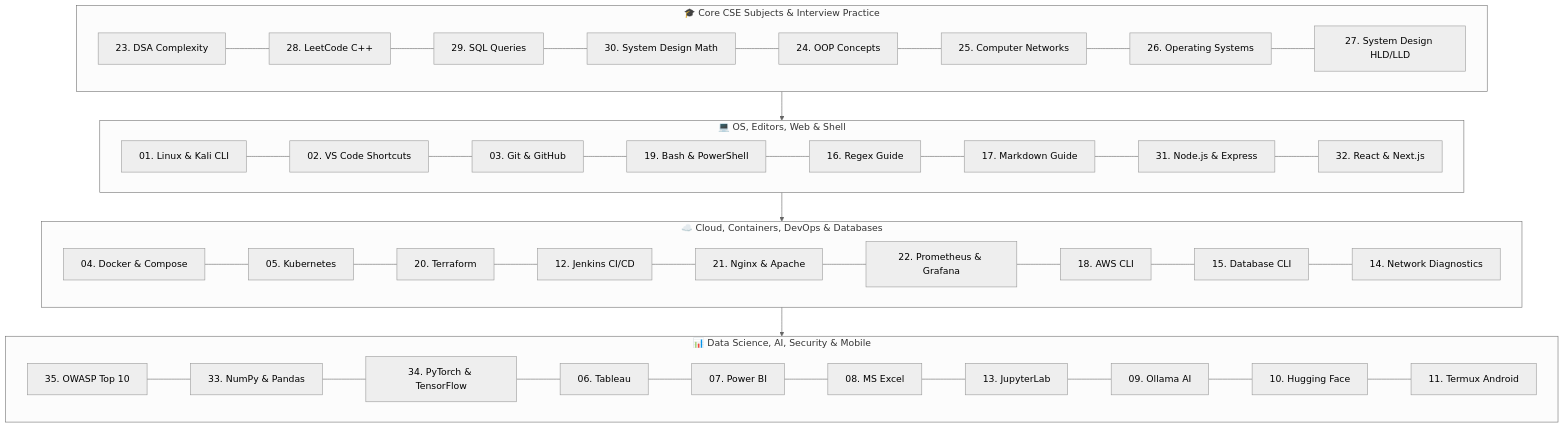
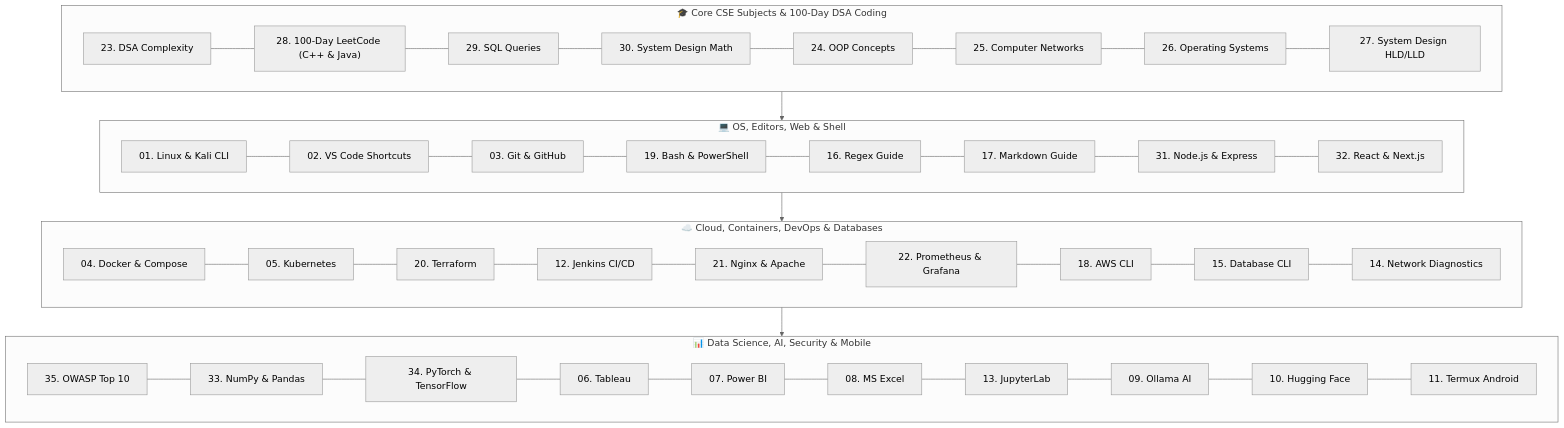
Before and after one commit to techindro/Penetration-testing-toolkit: the diagram in README.md, drawn with Mermaid (neutral theme). The commit also changed other lines of this file and 1 other file, not shown here.

Commit message:
feat: transform Module 28 into a 100-Day Day-wise DSA Master Roadmap with Brute Force to Optimal approach comparisons and solutions in BOTH C++ and Java

````diff
--- a/README.md
+++ b/README.md
@@ -34,20 +35,20 @@
 ```mermaid
 graph TD
-    subgraph Phase1["🎓 Core CSE Subjects & Interview Practice"]
-        A1["23. DSA Complexity"] --- A2["28. LeetCode C++"] --- A3["29. SQL Queries"] --- A4["30. System Design Math"] --- A5["24. OOP Concepts"] --- A6["25. Computer Networks"] --- A7["26. Operating Systems"] --- A8["27. System Design HLD/LLD"]
+    subgraph Phase1["🎓 Core CSE Subjects & 100-Day DSA Coding"]
+        A1["23. DSA Complexity"] --- A2["28. 100-Day LeetCode (C++ & Java)"] --- A3["29. SQL Queries"] --- A4["30. System Design Math"] --- A5["24. OOP Concepts"] --- A6["25. Computer Networks"] --- A7["26. Operating Systems"] --- A8["27. System Design HLD/LLD"]
     end
 
     subgraph Phase2["💻 OS, Editors, Web & Shell"]
         B1["01. Linux & Kali CLI"] --- B2["02. VS Code Shortcuts"] --- B3["03. Git & GitHub"] --- B4["19. Bash & PowerShell"] --- B5["16. Regex Guide"] --- B6["17. Markdown Guide"] --- B7["31. Node.js & Express"] --- B8["32. React & Next.js"]
     end
 
     subgraph Phase3["☁️ Cloud, Containers, DevOps & Databases"]
         C1["04. Docker & Compose"] --- C2["05. Kubernetes"] --- C3["20. Terraform"] --- C4["12. Jenkins CI/CD"] --- C5["21. Nginx & Apache"] --- C6["22. Prometheus & Grafana"] --- C7["18. AWS CLI"] --- C8["15. Database CLI"] --- C9["14. Network Diagnostics"]
     end
 
     subgraph Phase4["📊 Data Science, AI, Security & Mobile"]
         D1["35. OWASP Top 10"] --- D2["33. NumPy & Pandas"] --- D3["34. PyTorch & TensorFlow"] --- D4["06. Tableau"] --- D5["07. Power BI"] --- D6["08. MS Excel"] --- D7["13. JupyterLab"] --- D8["09. Ollama AI"] --- D9["10. Hugging Face"] --- D10["11. Termux Android"]
     end
 
     Phase1 --> Phase2 --> Phase3 --> Phase4
 ```
````
